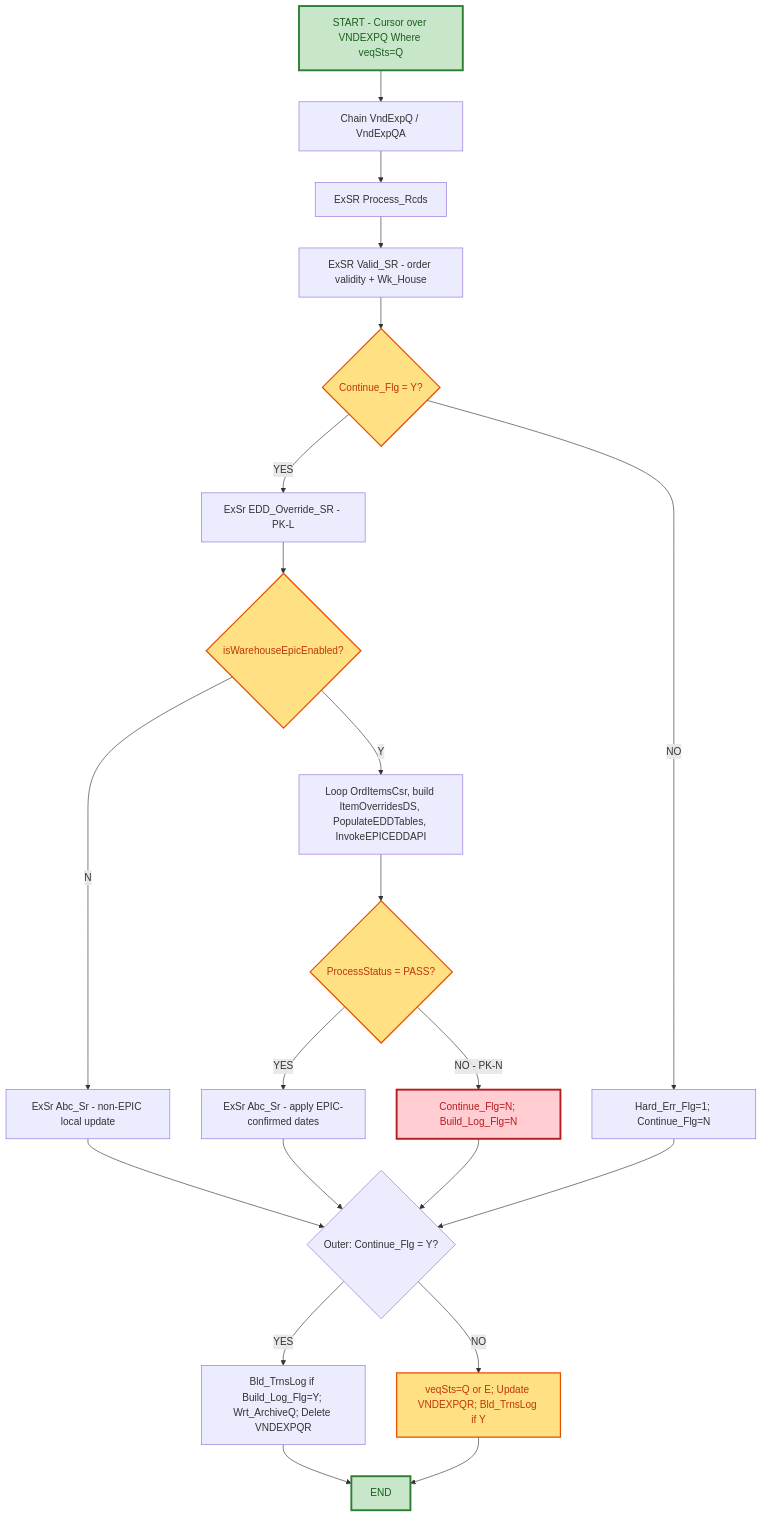
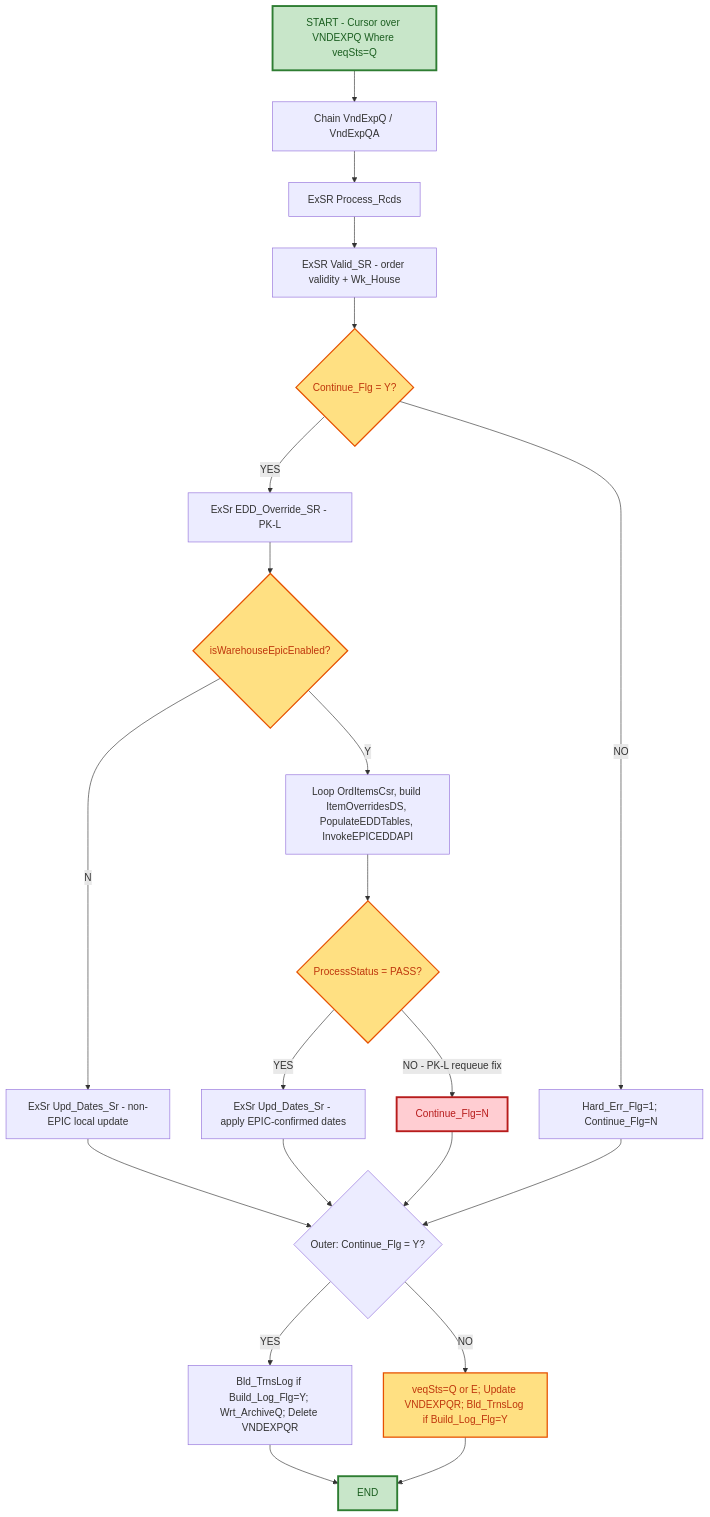
The diagram in CS396H-SOP.md (PremKumarKollabathula/CS396H-Support-Hand-off), drawn with Mermaid before and after one commit. The commit also changed other lines of this file, not shown here.

````diff
--- a/CS396H-SOP.md
+++ b/CS396H-SOP.md
@@ -53,31 +54,31 @@
 ```mermaid
 graph TD
     A[START - Cursor over VNDEXPQ Where veqSts=Q] --> B[Chain VndExpQ / VndExpQA]
     B --> C[ExSR Process_Rcds]
     C --> D[ExSR Valid_SR - order validity + Wk_House]
     D --> E{Continue_Flg = Y?}
     E -->|NO| F[Hard_Err_Flg=1; Continue_Flg=N]
     E -->|YES| G[ExSr EDD_Override_SR - PK-L]
     G --> H{isWarehouseEpicEnabled?}
-    H -->|N| I[ExSr Abc_Sr - non-EPIC local update]
+    H -->|N| I[ExSr Upd_Dates_Sr - non-EPIC local update]
     H -->|Y| J[Loop OrdItemsCsr, build ItemOverridesDS, PopulateEDDTables, InvokeEPICEDDAPI]
     J --> K{ProcessStatus = PASS?}
-    K -->|YES| L[ExSr Abc_Sr - apply EPIC-confirmed dates]
-    K -->|NO - PK-N| M[Continue_Flg=N; Build_Log_Flg=N]
+    K -->|YES| L[ExSr Upd_Dates_Sr - apply EPIC-confirmed dates]
+    K -->|NO - PK-L requeue fix| M[Continue_Flg=N]
     I --> N{Outer: Continue_Flg = Y?}
     L --> N
     M --> N
     F --> N
     N -->|YES| O[Bld_TrnsLog if Build_Log_Flg=Y; Wrt_ArchiveQ; Delete VNDEXPQR]
-    N -->|NO| P[veqSts=Q or E; Update VNDEXPQR; Bld_TrnsLog if Y]
+    N -->|NO| P[veqSts=Q or E; Update VNDEXPQR; Bld_TrnsLog if Build_Log_Flg=Y]
     O --> Z[END]
     P --> Z
 
     style A fill:#C8E6C9,stroke:#2E7D32,stroke-width:3px,color:#1B5E20
     style Z fill:#C8E6C9,stroke:#2E7D32,stroke-width:3px,color:#1B5E20
     style M fill:#FFCDD2,stroke:#B71C1C,stroke-width:3px,color:#B71C1C
     style P fill:#FFE082,stroke:#E65100,stroke-width:2px,color:#BF360C
     style H fill:#FFE082,stroke:#E65100,stroke-width:2px,color:#BF360C
     style K fill:#FFE082,stroke:#E65100,stroke-width:2px,color:#BF360C
     style E fill:#FFE082,stroke:#E65100,stroke-width:2px,color:#BF360C
 ```
````
